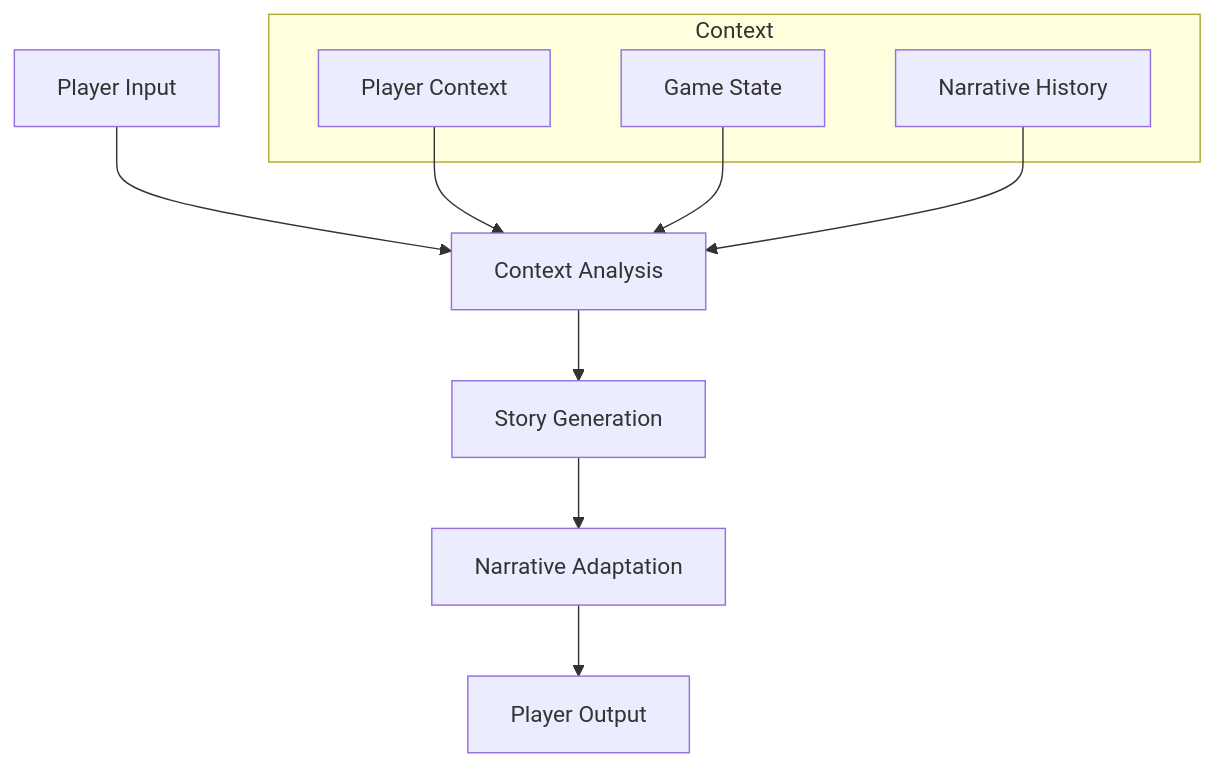
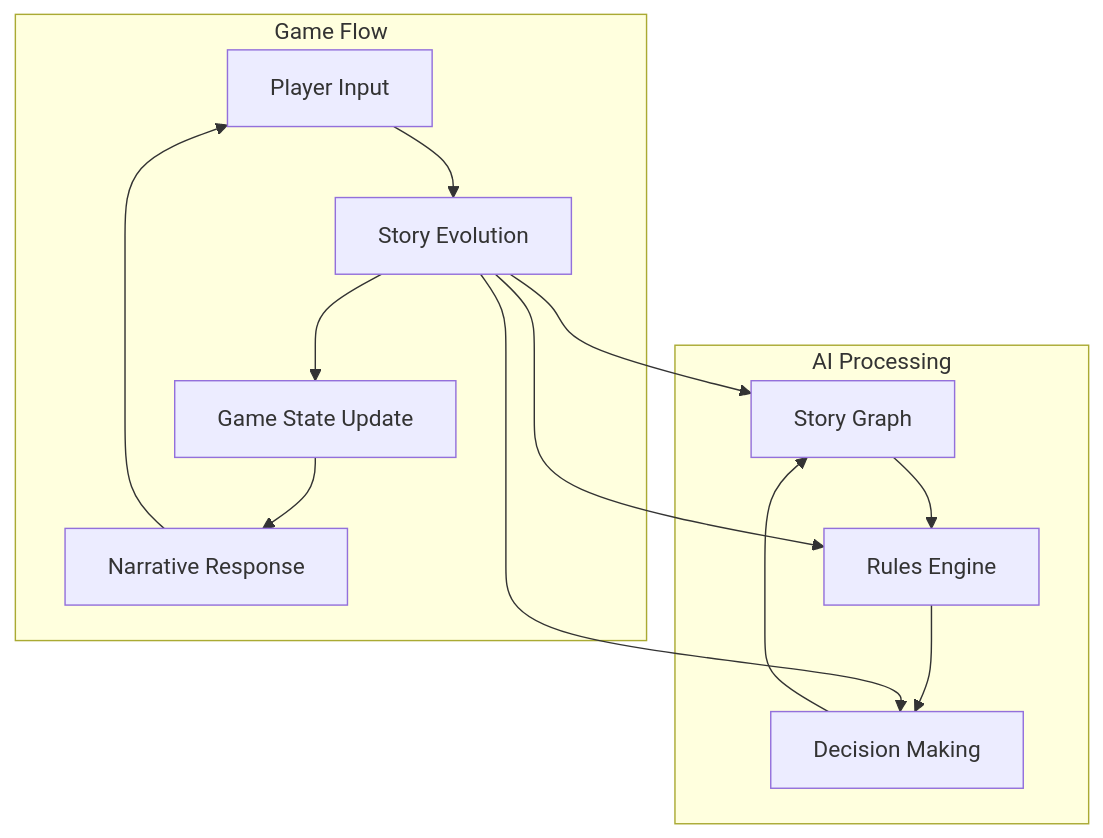
The first of 3 diagrams in docs/content/guides/concepts/core-features.md (Casys-AI/casys-rpg), drawn with Mermaid before and after one commit. The commit also changed other lines of this file and 13 other files, not shown here.

````diff
--- a/docs/content/guides/concepts/core-features.md
+++ b/docs/content/guides/concepts/core-features.md
@@ -9,17 +6,23 @@
-```mermaid
-graph TD
-    PI[Player Input] --> CA[Context Analysis]
-    CA --> SG[Story Generation]
-    SG --> NA[Narrative Adaptation]
-    NA --> PO[Player Output]
-    
-    subgraph Context
-        PC[Player Context]
-        GS[Game State]
-        NH[Narrative History]
-    end
-    
-    PC --> CA
-    GS --> CA
-    NH --> CA
-```
+    ```mermaid
+    graph TD
+        subgraph "Game Flow"
+            A[Player Input] --> B[Story Evolution]
+            B --> C[Game State Update]
+            C --> D[Narrative Response]
+            D --> A
+        end
+        
+        subgraph "AI Processing"
+            E[Story Graph]
+            F[Rules Engine]
+            G[Decision Making]
+            
+            E --> F
+            F --> G
+            G --> E
+            
+            B --> E
+            B --> F
+            B --> G
+        end
+    ```
````
